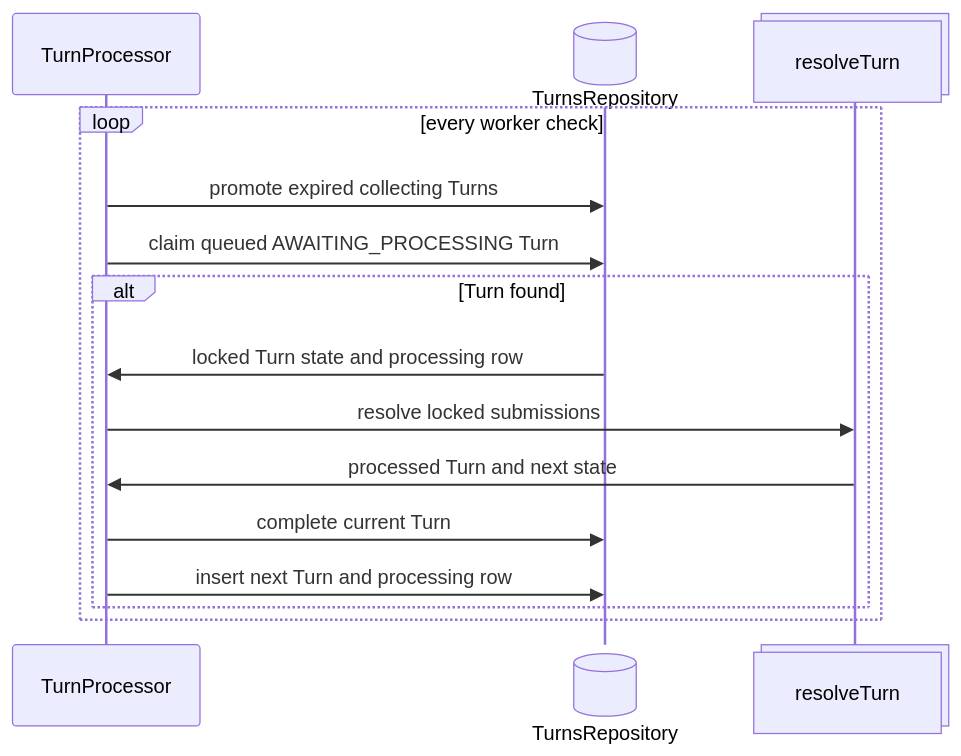
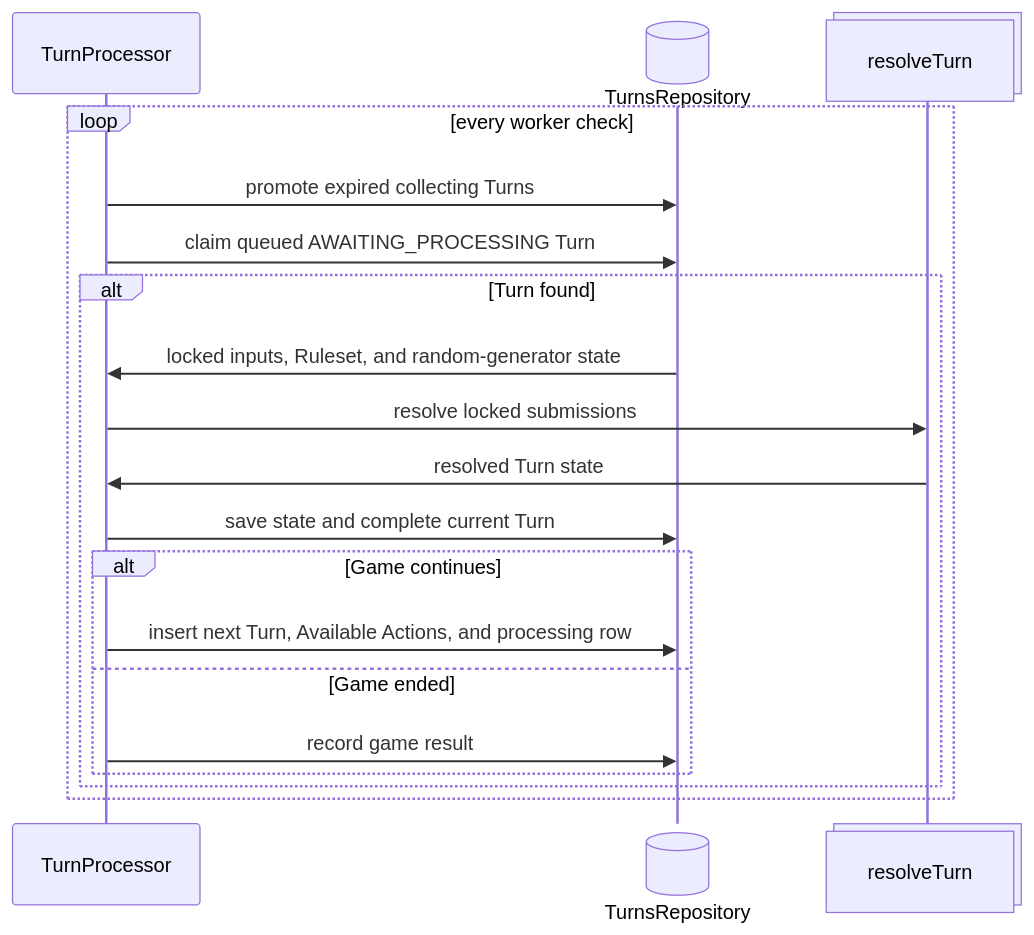
One commit to Guillaume-Docquier/text-based-browser-game-1 changed the diagram in docs/architecture/turn-processing.md. Above: the diagram before and after it, drawn with Mermaid. The commit also changed other lines of this file and 4 other files, not shown here.

Commit message:
docs: align turn-processing guidance with the rules engine (#566)

````diff
--- a/docs/architecture/turn-processing.md
+++ b/docs/architecture/turn-processing.md
@@ -33,17 +18,21 @@
 ```mermaid
 sequenceDiagram
         participant P3 as TurnProcessor
         participant P1@{ "type": "database" } as TurnsRepository
         participant P2@{ "type": "collections" } as resolveTurn
         loop every worker check
           P3->>P1: promote expired collecting Turns
           P3->>P1: claim queued AWAITING_PROCESSING Turn
           alt Turn found
-            P1->>P3: locked Turn state and processing row
+            P1->>P3: locked inputs, Ruleset, and random-generator state
             P3->>P2: resolve locked submissions
-            P2->>P3: processed Turn and next state
-            P3->>P1: complete current Turn
-            P3->>P1: insert next Turn and processing row
+            P2->>P3: resolved Turn state
+            P3->>P1: save state and complete current Turn
+            alt Game continues
+              P3->>P1: insert next Turn, Available Actions, and processing row
+            else Game ended
+              P3->>P1: record game result
+            end
           end
         end
 ```
````
